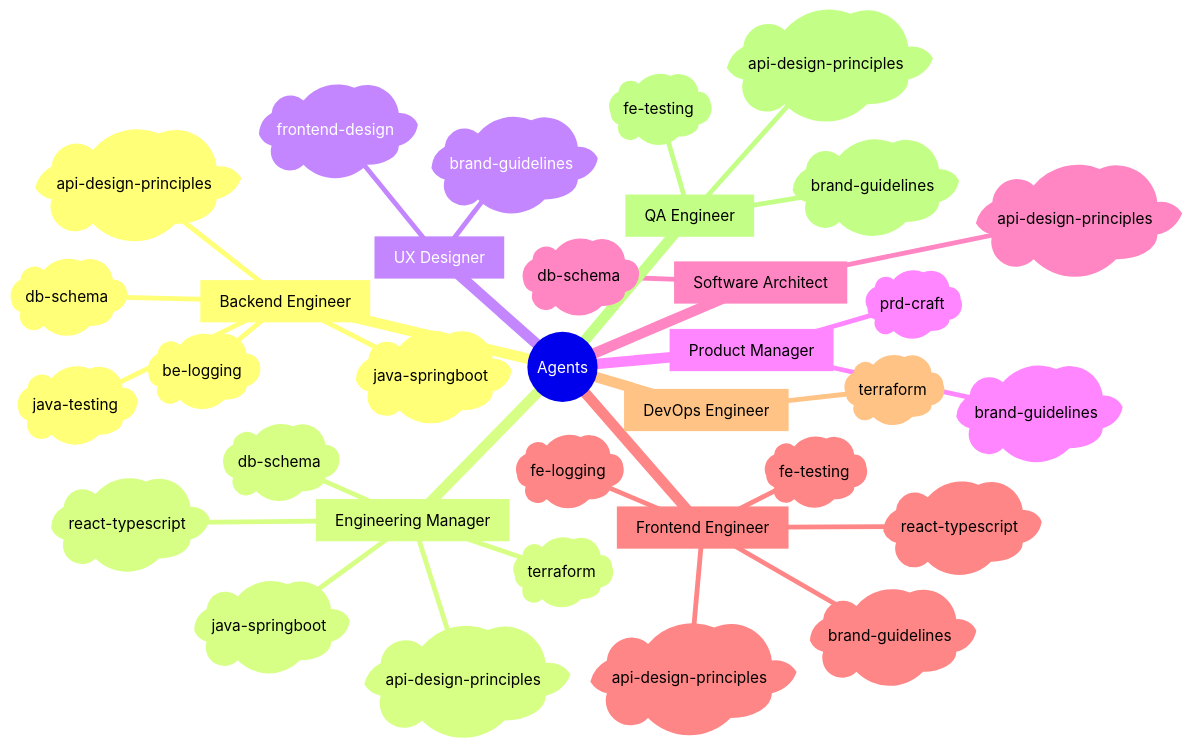
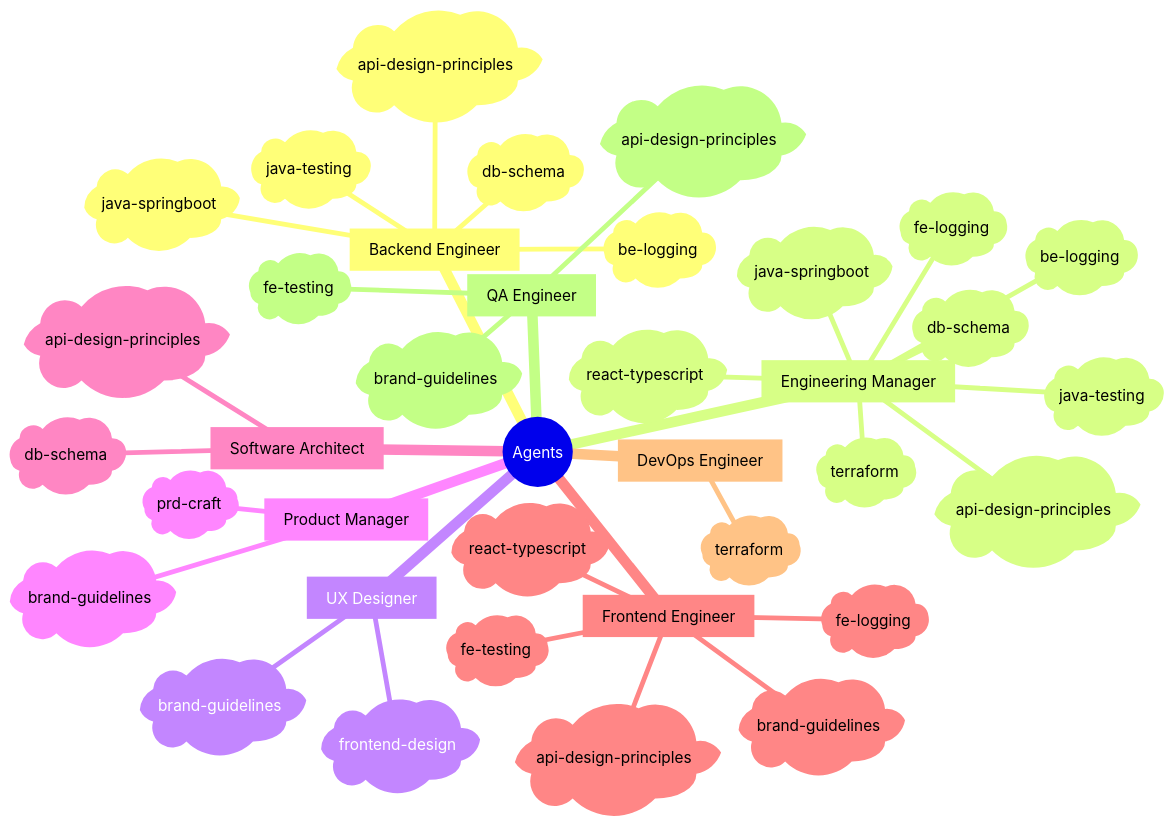
One commit to sans-github/agents changed the first of 3 diagrams in README.md. Above: the diagram before and after it, drawn with Mermaid. The commit also changed other lines of this file and 11 other files, not shown here.

````diff
--- a/README.md
+++ b/README.md
@@ -60,37 +60,40 @@
 ```mermaid
 mindmap
   root((Agents))
     [Backend Engineer]
       )db-schema(
       )java-springboot(
       )api-design-principles(
       )java-testing(
       )be-logging(
     [Engineering Manager]
       )db-schema(
       )java-springboot(
       )api-design-principles(
       )react-typescript(
       )terraform(
+      )java-testing(
+      )be-logging(
+      )fe-logging(
     [UX Designer]
       )frontend-design(
       )brand-guidelines(
     [Product Manager]
       )prd-craft(
       )brand-guidelines(
     [Software Architect]
       )api-design-principles(
       )db-schema(
     [Frontend Engineer]
       )api-design-principles(
       )react-typescript(
       )fe-testing(
       )brand-guidelines(
       )fe-logging(
     [DevOps Engineer]
       )terraform(
     [QA Engineer]
       )api-design-principles(
       )fe-testing(
       )brand-guidelines(
 ```
````
